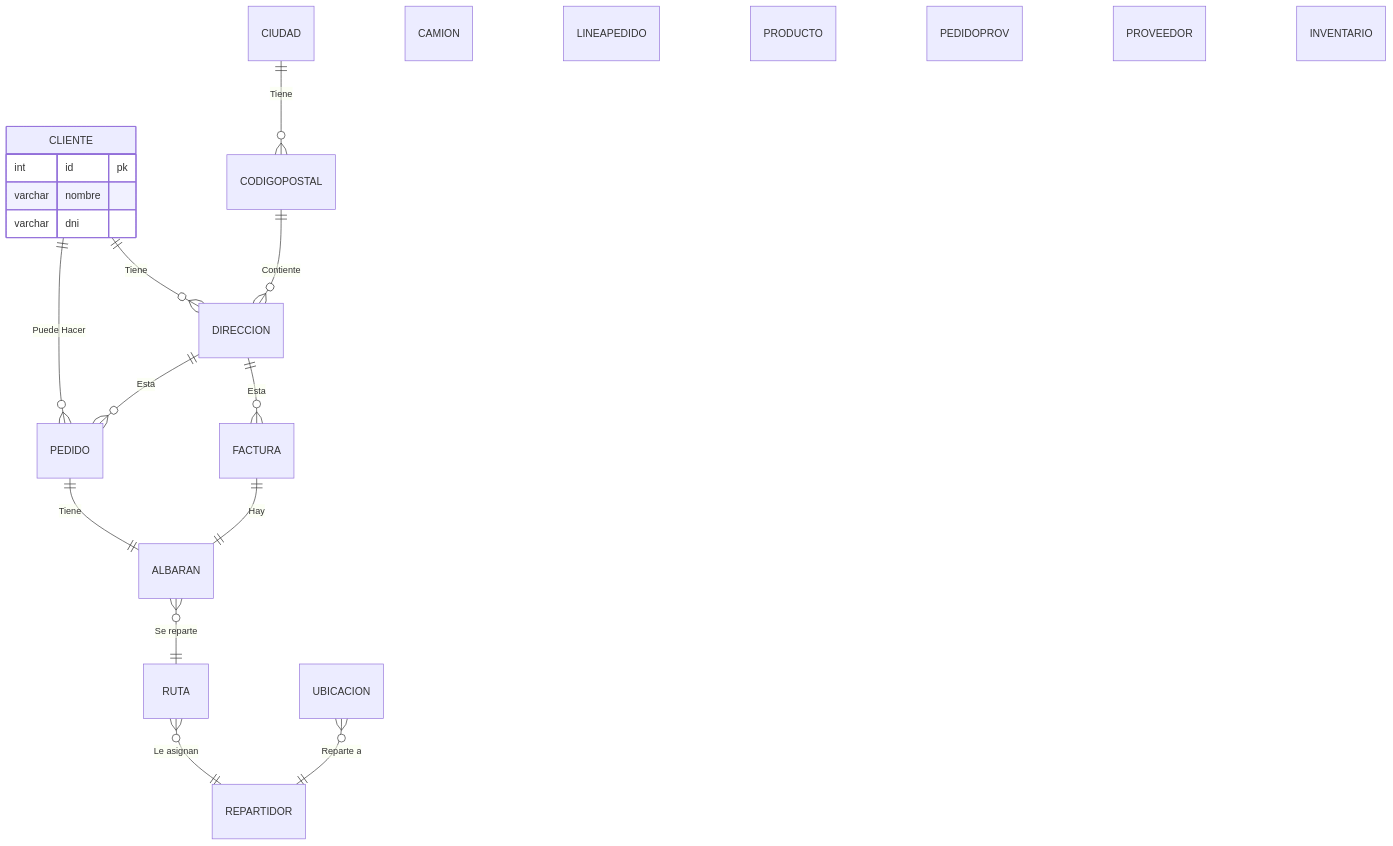
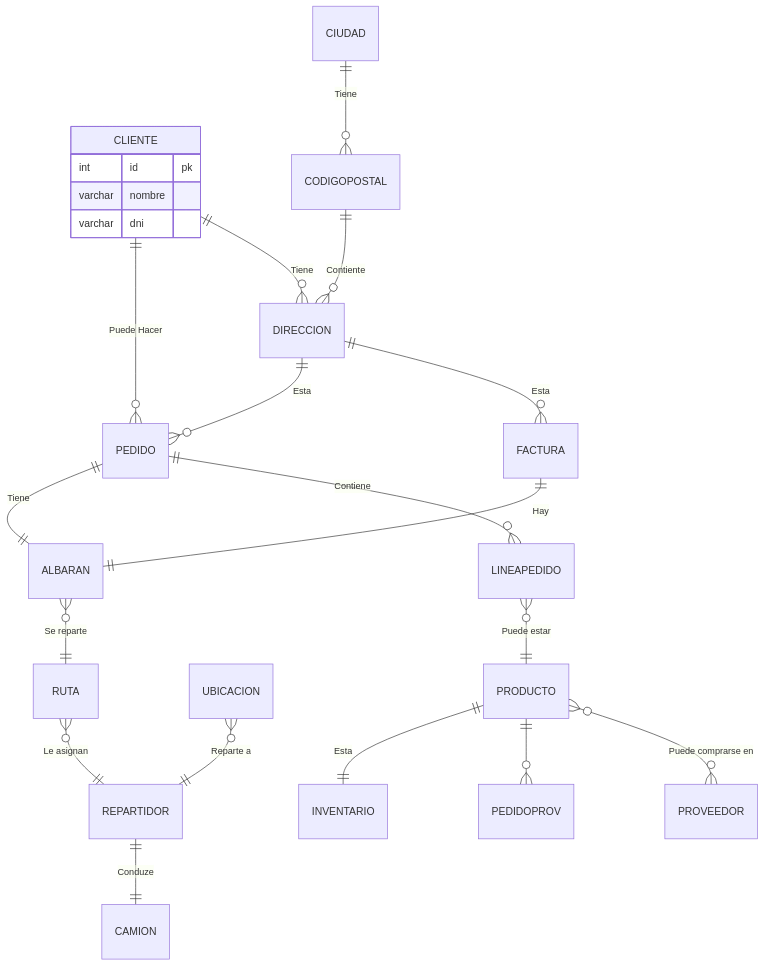
One commit to pedroporo/apuntesclase changed the diagram in 01 Apuntes/DAM/Proyecto intermodular 2 de Desarrollo de aplicaciones multiplataforma/Inicio.md. Above: the diagram before and after it, drawn with Mermaid.

Commit message:
vault backup: 2025-09-25 17:35:32

````diff
--- a/01 Apuntes/DAM/Proyecto intermodular 2 de Desarrollo de aplicaciones multiplataforma/Inicio.md
+++ b/01 Apuntes/DAM/Proyecto intermodular 2 de Desarrollo de aplicaciones multiplataforma/Inicio.md
@@ -5,51 +5,58 @@
 ```mermaid
 erDiagram
 
 CLIENTE{
 	int id pk
 	varchar nombre
 	varchar dni
 }
 DIRECCION{
 }
 
 CODIGOPOSTAL{
 }
 CIUDAD{
 }
 FACTURA{
 }
 PEDIDO{
 }
 ALBARAN{
 }
 RUTA{
 }
 REPARTIDOR{
 }
 UBICACION{
 }
 CAMION{
 }
 LINEAPEDIDO{
 }
 PRODUCTO{
 }
 PEDIDOPROV{
 }
 PROVEEDOR{
 }
 INVENTARIO{
 }
 CLIENTE ||--o{ PEDIDO : "Puede Hacer"
 CLIENTE ||--o{ DIRECCION : "Tiene"
 DIRECCION ||--o{ PEDIDO : "Esta"
 DIRECCION ||--o{ FACTURA : "Esta"
 CODIGOPOSTAL ||--o{ DIRECCION: "Contiente"
 CIUDAD ||--o{ CODIGOPOSTAL : "Tiene"
 FACTURA ||--|| ALBARAN: "Hay"
 PEDIDO ||--|| ALBARAN : "Tiene"
 ALBARAN }o--|| RUTA : "Se reparte"
 RUTA }o--|| REPARTIDOR : "Le asignan"
 UBICACION }o--|| REPARTIDOR: "Reparte a"
+REPARTIDOR ||--|| CAMION : "Conduze"
+PEDIDO ||--o{ LINEAPEDIDO : "Contiene"
+LINEAPEDIDO }o--|| PRODUCTO : "Puede estar"
+PRODUCTO ||--|| INVENTARIO : "Esta"
+PRODUCTO ||--o{ PEDIDOPROV : ""
+PRODUCTO }o--o{ PROVEEDOR: "Puede comprarse en"
+PROVEEDOR
 ```
````
